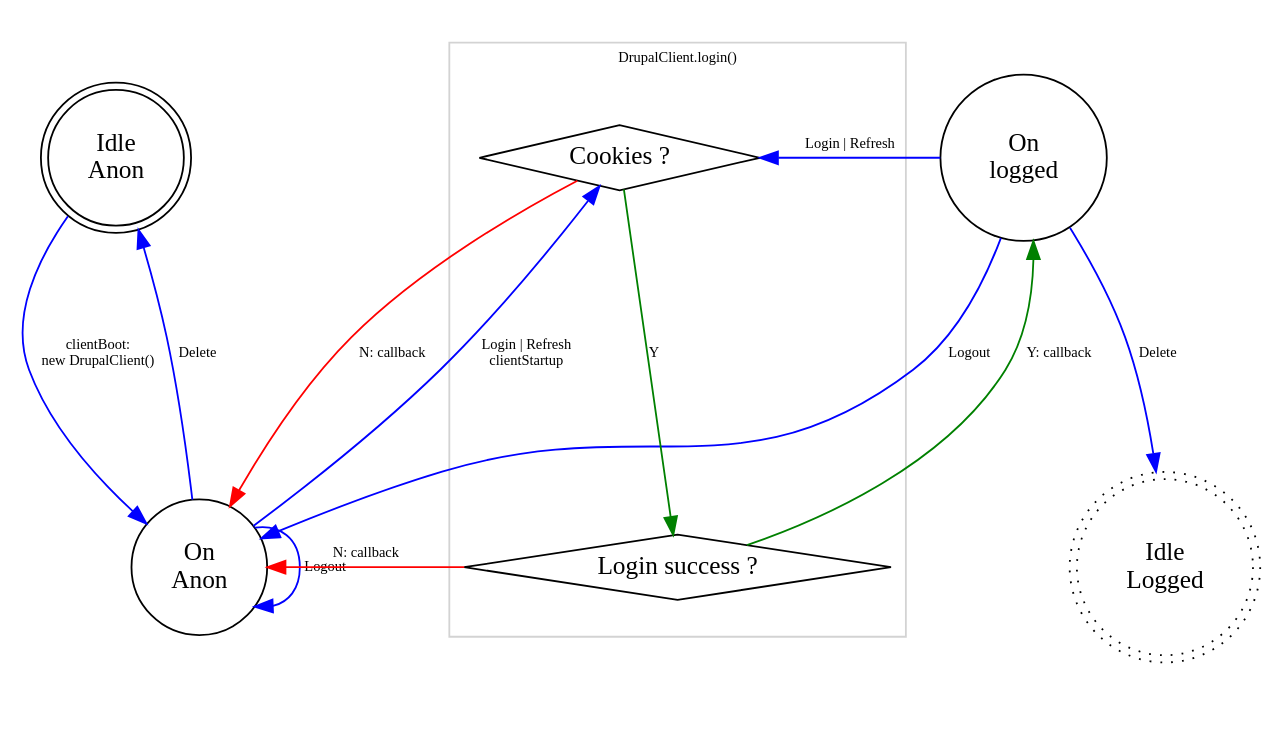
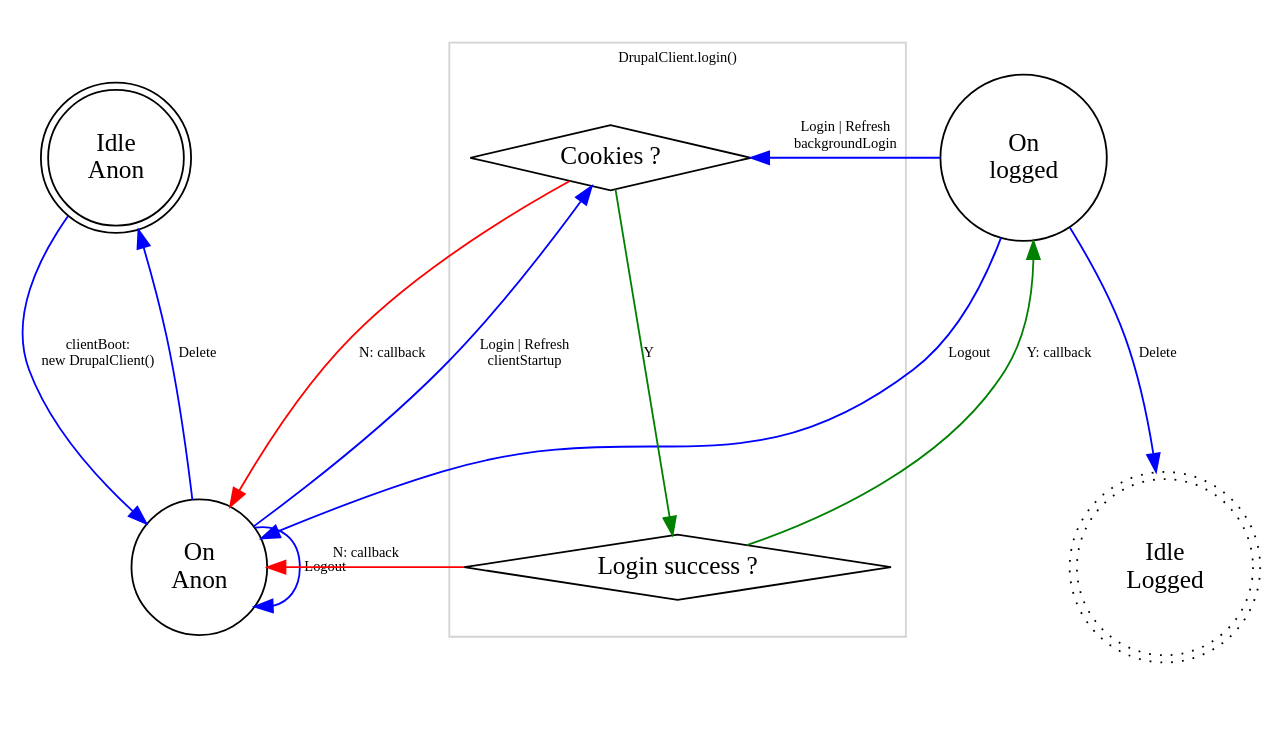
Before and after one commit to fgm/accounts-drupal: the diagram in help/client-state-diagram-autologin-always.dot, drawn with Graphviz. The commit also changed 6 other files, not shown here.

```diff
--- a/help/client-state-diagram-autologin-always.dot
+++ b/help/client-state-diagram-autologin-always.dot
@@ -1,48 +1,48 @@
 digraph login {
 	rankdir = TB;
 	ratio = 0.5625; // 16/9.
 
 	// States
 	node [ shape="circle", style="solid" ];
 	idle_anon	[ label="Idle\nAnon", shape="doublecircle" ];
 	idle_logged	[ label="Idle\nLogged", shape="doublecircle", style="dotted" ];
 	on_anon		[ label="On\nAnon" ];
 	on_logged	[ label="On\nlogged" ];
 
 	// Decisions
 	node            [ shape="diamond" ];
 	cookies 		    [ label="Cookies ?" ];
 	login_method		[ label="Login success ?"];
 
 	node [ shape="rect", color=red ];
 
   subgraph cluster_login {
     color = lightgray;
     fontsize = 8;
     label = "DrupalClient.login()"
 
     cookies;
     login_method;
   }
 
 	// Edges
 	edge [ color=blue, fontsize= 8 ];
 	idle_anon -> on_anon		[ label="clientBoot:\nnew DrupalClient()" ];
 	on_anon -> cookies			[ label="Login | Refresh\nclientStartup" ];
 	on_anon -> on_anon			[ label="Logout" ];
 	on_anon -> idle_anon			[ label="Delete" ];
-	on_logged -> cookies			[ label="Login | Refresh" ];
+	on_logged -> cookies			[ label="Login | Refresh\nbackgroundLogin" ];
 	on_logged -> on_anon			[ label="Logout" ];
 	on_logged -> idle_logged		[ label="Delete" ];
 
 	// Success
 	edge [ label="Y", color=green ];
 	cookies -> login_method;
 	login_method -> on_logged		[ label="Y: callback" ];
 
 	// Failure
 	edge [ label="N: callback", color=red ];
 	cookies -> on_anon;
 	login_method -> on_anon;
 
 }
```
